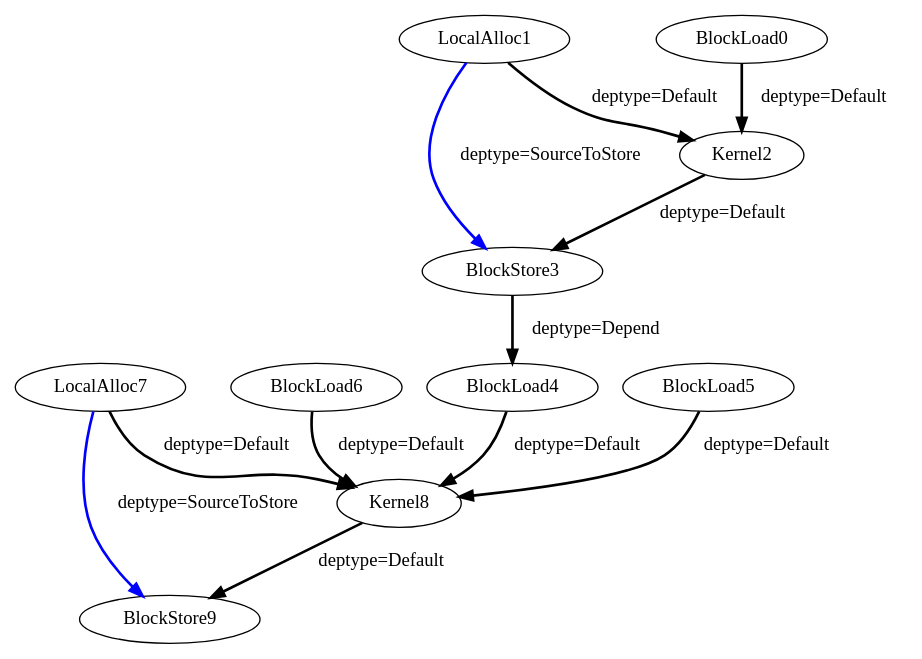
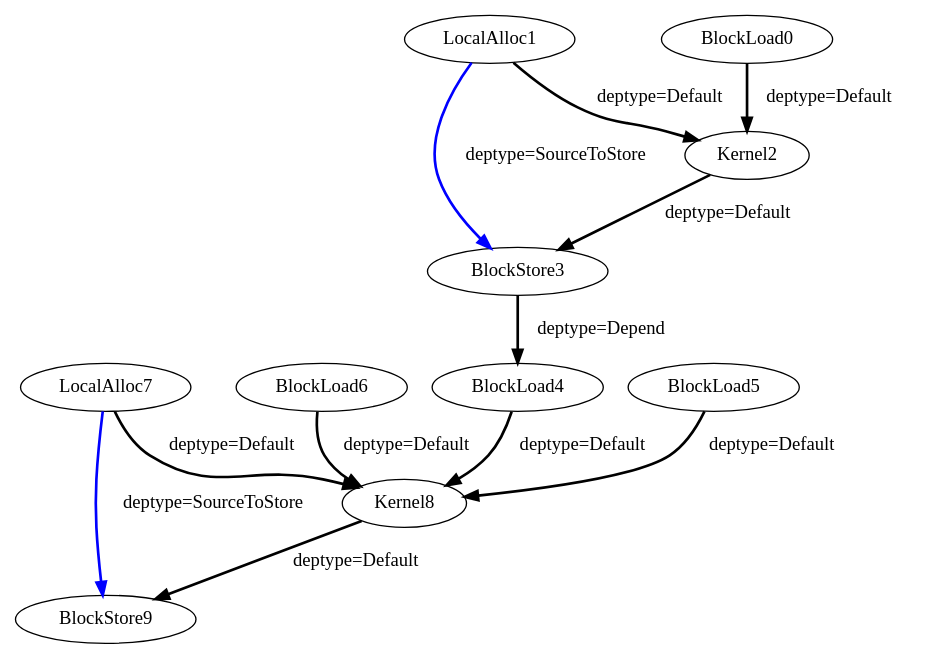
The diagram in experiment/Cbenchmarks/Polybench/linear-algebra/blas/gemm/IR/tempfiles/Block_0_TaskGraph_0.dot (MIONkb/adora-compiler), drawn with Graphviz before and after one commit. The commit also changed 411 other files, not shown here.

```diff
--- a/experiment/Cbenchmarks/Polybench/linear-algebra/blas/gemm/IR/tempfiles/Block_0_TaskGraph_0.dot
+++ b/experiment/Cbenchmarks/Polybench/linear-algebra/blas/gemm/IR/tempfiles/Block_0_TaskGraph_0.dot
@@ -1,23 +1,23 @@
 Digraph G {
-BlockStore9[type = "BlockStoreNode", KernelName = "kernel_gemm_1"];
-Kernel8[type = "KernelNode", KernelName = "kernel_gemm_1"];
-LocalAlloc7[type = "LocalAllocNode", KernelName = "kernel_gemm_1"];
-BlockLoad6[type = "BlockLoadNode", KernelName = "kernel_gemm_1"];
-BlockLoad4[type = "BlockLoadNode", KernelName = "kernel_gemm_1"];
-BlockStore3[type = "BlockStoreNode", KernelName = "kernel_gemm_0"];
-Kernel2[type = "KernelNode", KernelName = "kernel_gemm_0"];
-LocalAlloc1[type = "LocalAllocNode", KernelName = "kernel_gemm_0"];
-BlockLoad5[type = "BlockLoadNode", KernelName = "kernel_gemm_1"];
-BlockLoad0[type = "BlockLoadNode", KernelName = "kernel_gemm_0"];
+Kernel8[type = "KernelNode", KernelName = "gemm_1"];
+LocalAlloc7[type = "LocalAllocNode", KernelName = "gemm_1"];
+BlockLoad6[type = "BlockLoadNode", KernelName = "gemm_1"];
+BlockLoad4[type = "BlockLoadNode", KernelName = "gemm_1"];
+BlockStore3[type = "BlockStoreNode", KernelName = "gemm_0"];
+BlockStore9[type = "BlockStoreNode", KernelName = "gemm_1"];
+Kernel2[type = "KernelNode", KernelName = "gemm_0"];
+BlockLoad5[type = "BlockLoadNode", KernelName = "gemm_1"];
+LocalAlloc1[type = "LocalAllocNode", KernelName = "gemm_0"];
+BlockLoad0[type = "BlockLoadNode", KernelName = "gemm_0"];
 BlockLoad0 -> Kernel2[color = black, style = bold, deptype = Default, label = "deptype=Default"];
 LocalAlloc1 -> Kernel2[color = black, style = bold, deptype = Default, label = "deptype=Default"];
 LocalAlloc1 -> BlockStore3[color = blue, style = bold, deptype = SourceToStore, label = "deptype=SourceToStore"];
 Kernel2 -> BlockStore3[color = black, style = bold, deptype = Default, label = "deptype=Default"];
 BlockStore3 -> BlockLoad4[color = black, style = bold, deptype = Depend, label = "deptype=Depend"];
 BlockLoad4 -> Kernel8[color = black, style = bold, deptype = Default, label = "deptype=Default"];
 BlockLoad5 -> Kernel8[color = black, style = bold, deptype = Default, label = "deptype=Default"];
 BlockLoad6 -> Kernel8[color = black, style = bold, deptype = Default, label = "deptype=Default"];
 LocalAlloc7 -> Kernel8[color = black, style = bold, deptype = Default, label = "deptype=Default"];
 LocalAlloc7 -> BlockStore9[color = blue, style = bold, deptype = SourceToStore, label = "deptype=SourceToStore"];
 Kernel8 -> BlockStore9[color = black, style = bold, deptype = Default, label = "deptype=Default"];
 }
```
